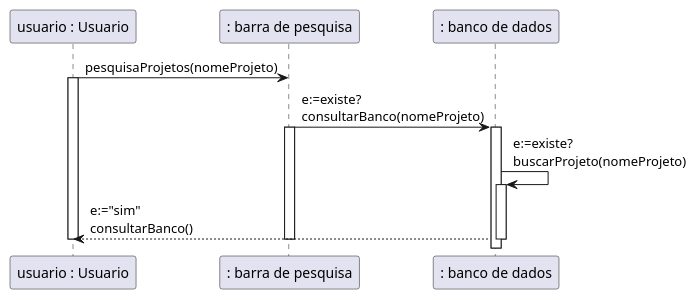
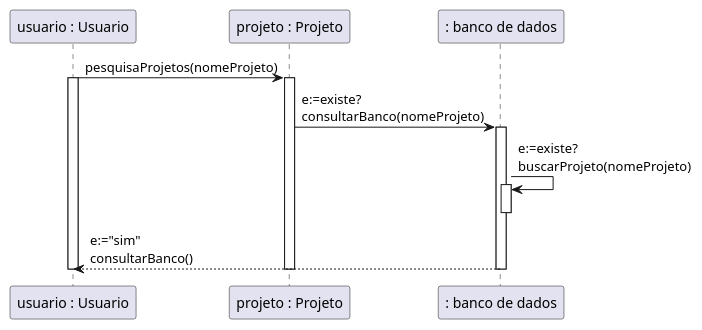
The diagram in Diagrama de Sequencia/sequencia_proj_final_c1.wsd (yurilsn/DiagramasUml), drawn with PlantUML before and after one commit. The commit also changed 4 other files, not shown here.

Commit message:
corrigindo diagrama de sequencia

```diff
--- a/Diagrama de Sequencia/sequencia_proj_final_c1.wsd
+++ b/Diagrama de Sequencia/sequencia_proj_final_c1.wsd
@@ -4,24 +4,27 @@
 @startuml
 ' ESCOLHER PROJETO
 
 
 
-    "usuario : Usuario" as usuario -> ": barra de pesquisa" as pesquisa : pesquisaProjetos(nomeProjeto)
+    "usuario : Usuario" as usuario -> "projeto : Projeto" as projeto : pesquisaProjetos(nomeProjeto)
     activate usuario
 
-    pesquisa -> ": banco de dados" as bd: e:=existe? \nconsultarBanco(nomeProjeto)
-    activate pesquisa
+    activate projeto
+    projeto -> ": banco de dados" as bd: e:=existe? \nconsultarBanco(nomeProjeto)
     activate bd
+
 
 
     bd -> bd: e:=existe? \nbuscarProjeto(nomeProjeto)
     activate bd
 
+
+    deactivate bd
     bd --> usuario: e:="sim" \nconsultarBanco()
     deactivate bd
-    deactivate pesquisa
+    deactivate projeto
     deactivate usuario
 
 
       
 @enduml
```
